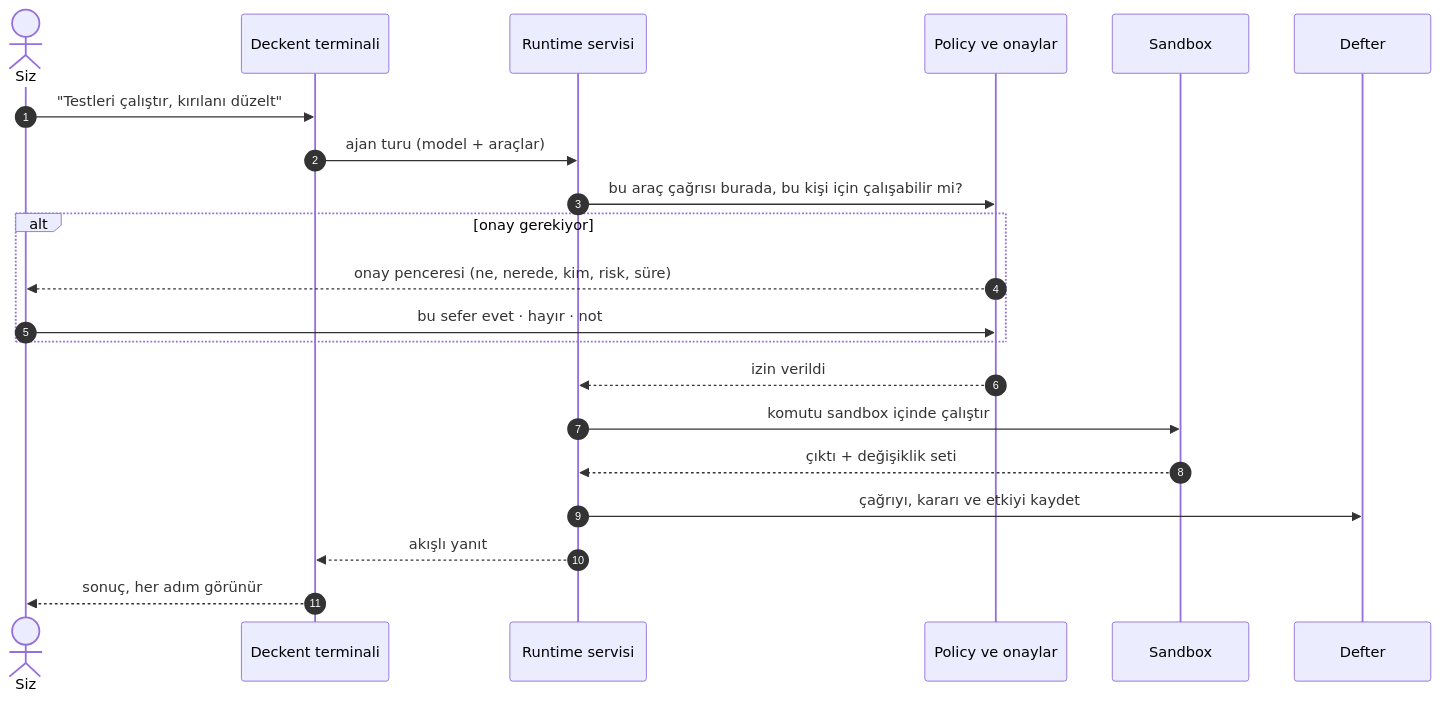
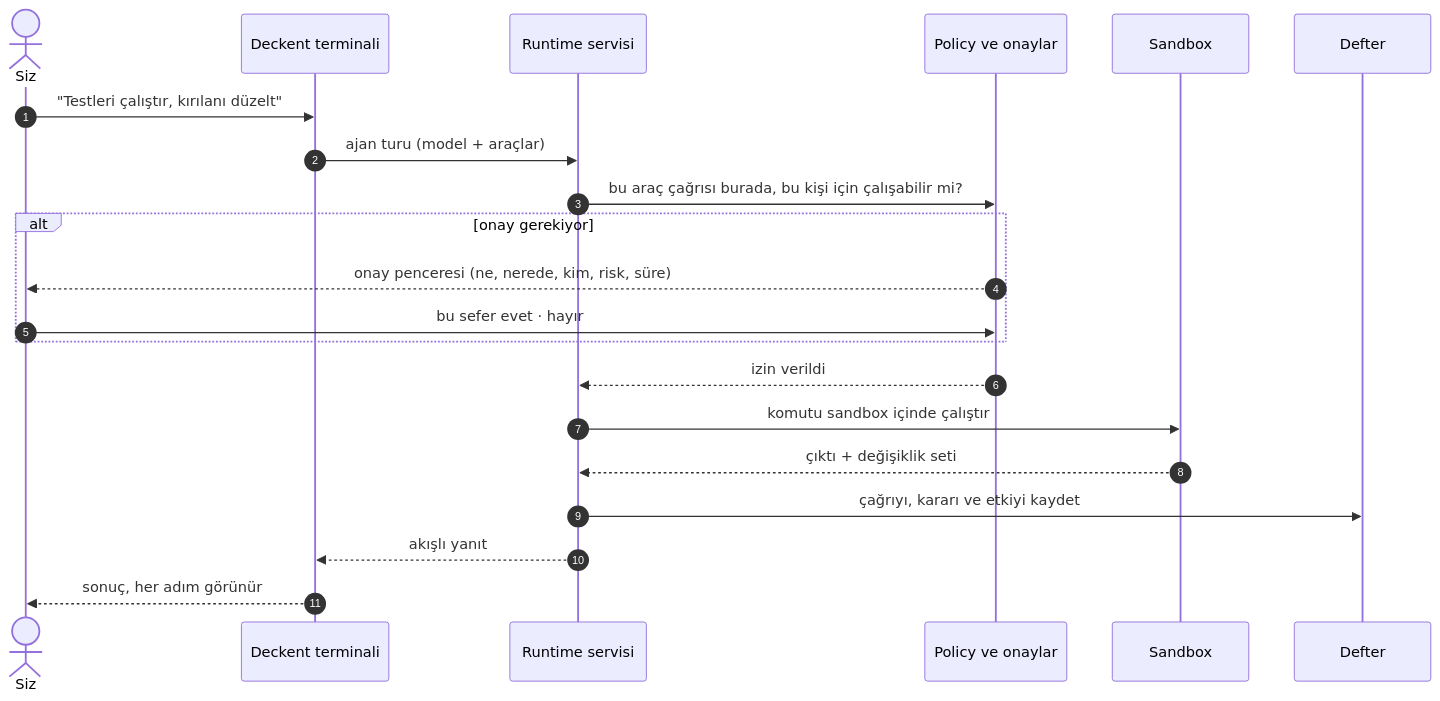
One commit to Verhex/deckent-next changed the first of 6 diagrams in README.tr.md. Above: the diagram before and after it, drawn with Mermaid. The commit also changed other lines of this file and 1 other file, not shown here.

````diff
--- a/README.tr.md
+++ b/README.tr.md
@@ -62,23 +63,23 @@
 ```mermaid
 sequenceDiagram
   autonumber
   actor Siz
   participant T as Deckent terminali
   participant R as Runtime servisi
   participant P as Policy ve onaylar
   participant B as Sandbox
   participant L as Defter
   Siz->>T: "Testleri çalıştır, kırılanı düzelt"
   T->>R: ajan turu (model + araçlar)
   R->>P: bu araç çağrısı burada, bu kişi için çalışabilir mi?
   alt onay gerekiyor
     P-->>Siz: onay penceresi (ne, nerede, kim, risk, süre)
-    Siz->>P: bu sefer evet · hayır · not
+    Siz->>P: bu sefer evet · hayır
   end
   P-->>R: izin verildi
   R->>B: komutu sandbox içinde çalıştır
   B-->>R: çıktı + değişiklik seti
   R->>L: çağrıyı, kararı ve etkiyi kaydet
   R-->>T: akışlı yanıt
   T-->>Siz: sonuç, her adım görünür
 ```
````
